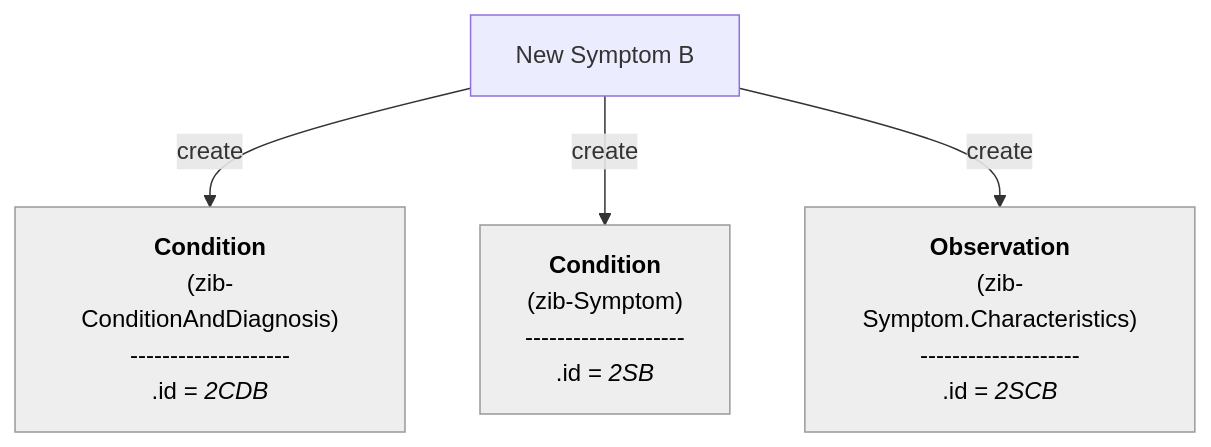
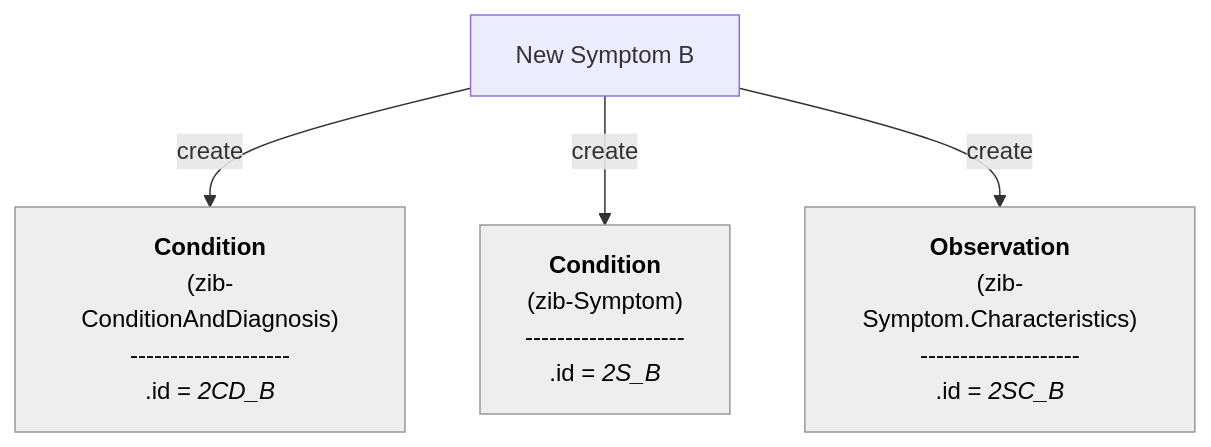
One commit to Nictiz/Nictiz-R4-zib2024 changed the fourth of 16 diagrams in documentation/Condition-Diagnosis-Symptom.md. Above: the diagram before and after it, drawn with Mermaid. The commit also changed other lines of this file, not shown here.

````diff
--- a/documentation/Condition-Diagnosis-Symptom.md
+++ b/documentation/Condition-Diagnosis-Symptom.md
@@ -162,27 +163,27 @@
 ```mermaid
 flowchart TB
 
 NewSymptom_B["`New Symptom B`"]
 
     CD_B["`**Condition**
         (zib-ConditionAndDiagnosis)
         --------------------
-        .id = _2CDB_`"] 
+        .id = _2CD_B_`"] 
     S_B["`**Condition**
         (zib-Symptom)
         --------------------
-        .id = _2SB_`"]
+        .id = _2S_B_`"]
     SC_B["`**Observation**
         (zib-Symptom.Characteristics)
         --------------------
-        .id = _2SCB_`"]
+        .id = _2SC_B_`"]
 
     CD_B:::Ash
     S_B:::Ash
     SC_B:::Ash
     classDef Ash stroke-width:1px, stroke-dasharray:none, stroke:#999999, fill:#EEEEEE, color:#000000    
 
 NewSymptom_B -- create --> CD_B
 NewSymptom_B -- create --> S_B
 NewSymptom_B -- create --> SC_B
 ```
````
